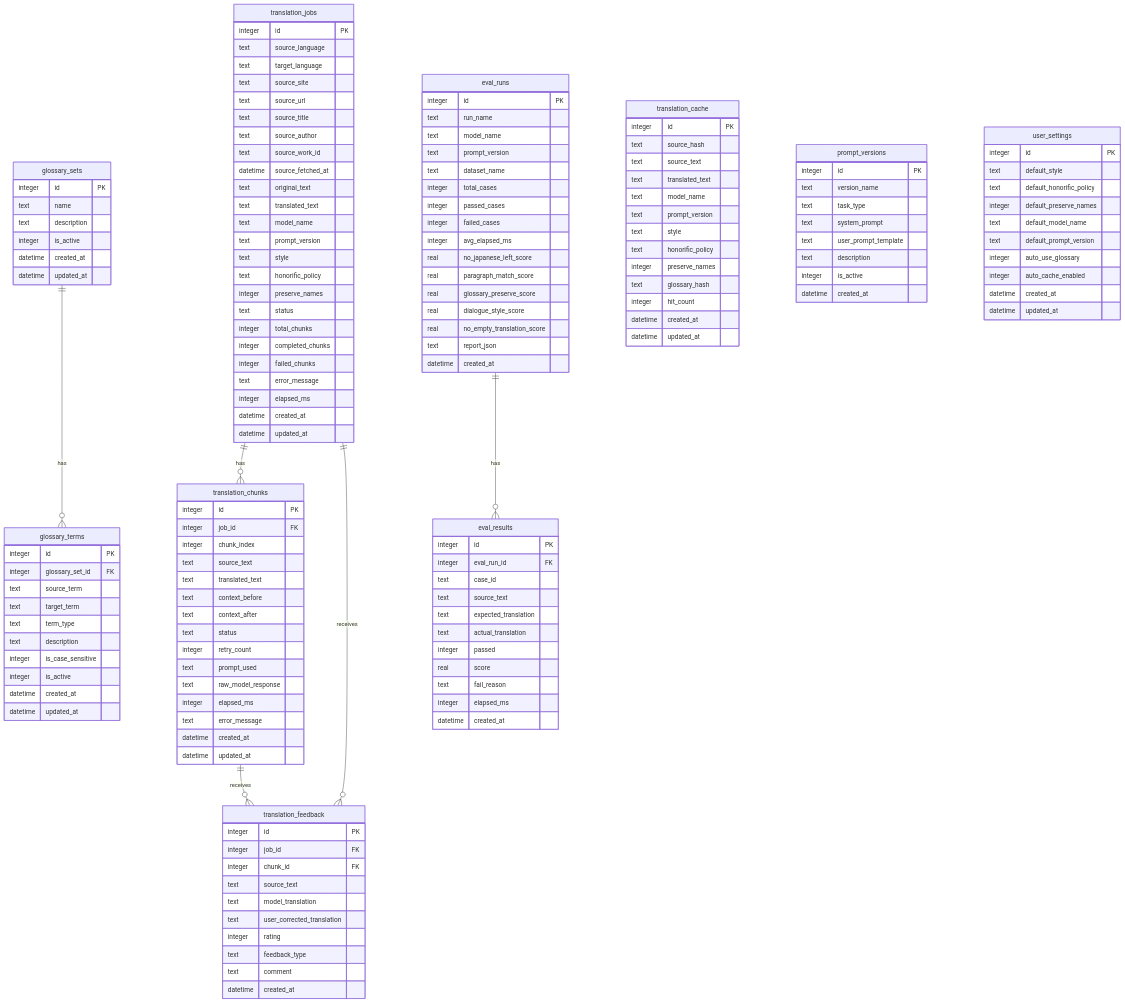
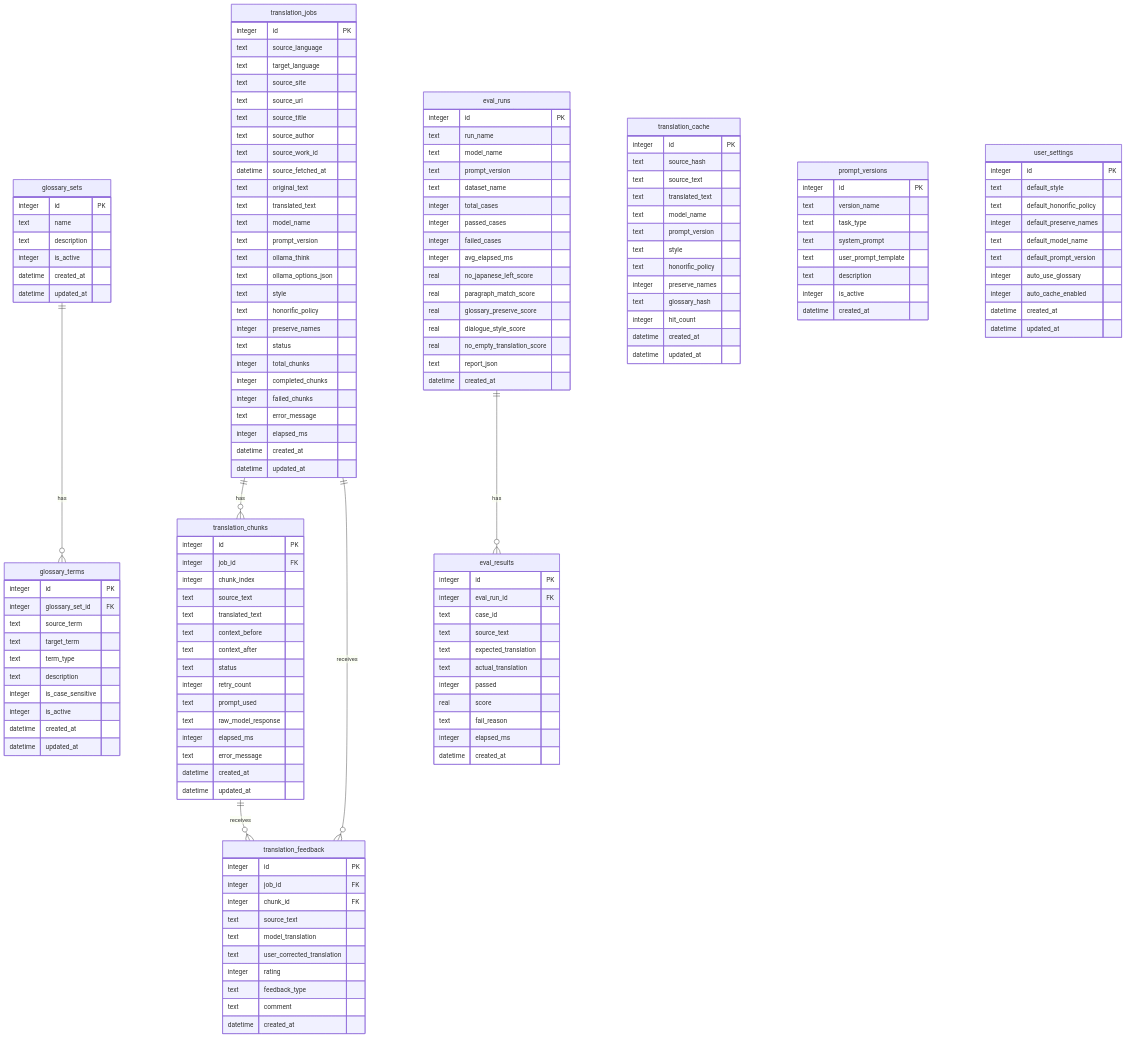
The diagram in Docs/DB.md (SerinKims/translator-jp), drawn with Mermaid before and after one commit. The commit also changed other lines of this file and 38 other files, not shown here.

```diff
--- a/Docs/DB.md
+++ b/Docs/DB.md
@@ -125,6 +125,8 @@
 
         text model_name
         text prompt_version
+        text ollama_think
+        text ollama_options_json
         text style
         text honorific_policy
         integer preserve_names
```
